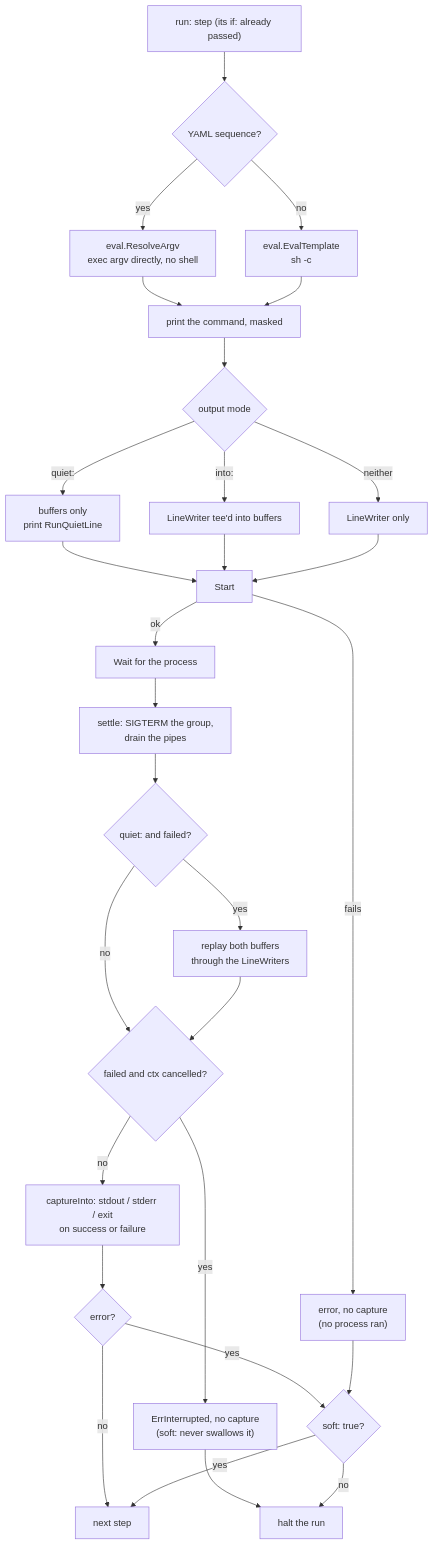
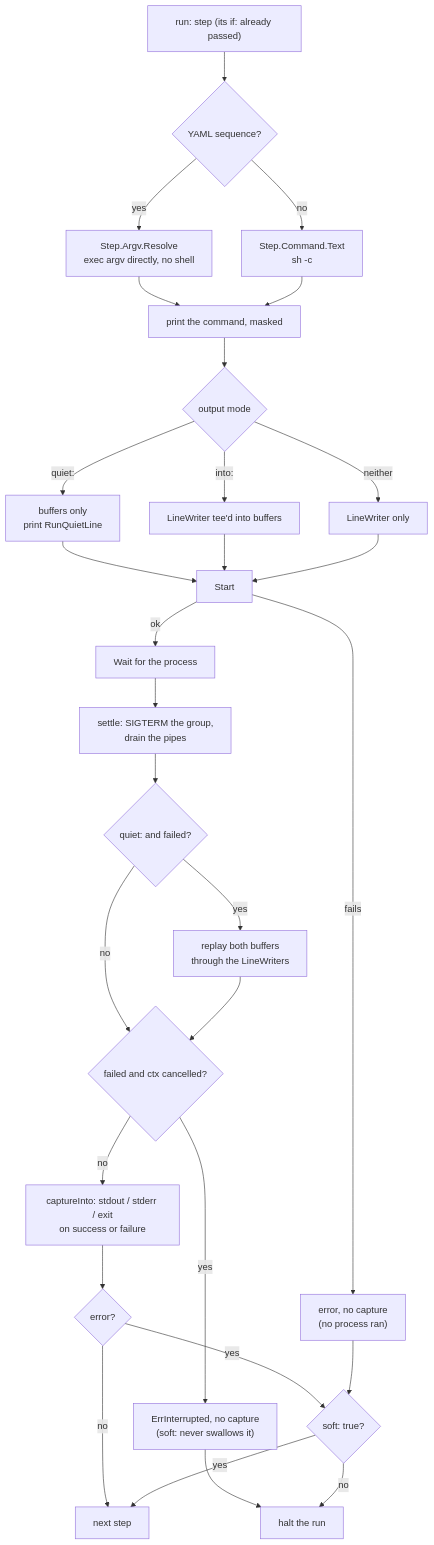
Before and after one commit to JakesMD/hobnob: the fifth of 7 diagrams in ARCHITECTURE.md, drawn with Mermaid. The commit also changed other lines of this file and 37 other files, not shown here.

````diff
--- a/ARCHITECTURE.md
+++ b/ARCHITECTURE.md
@@ -391,31 +418,31 @@
 ```mermaid
 flowchart TD
     start["run: step (its if: already passed)"] --> form{"YAML sequence?"}
-    form -- yes --> argv["eval.ResolveArgv<br/>exec argv directly, no shell"]
-    form -- no --> sh["eval.EvalTemplate<br/>sh -c"]
+    form -- yes --> argv["Step.Argv.Resolve<br/>exec argv directly, no shell"]
+    form -- no --> sh["Step.Command.Text<br/>sh -c"]
     argv --> show["print the command, masked"]
     sh --> show
     show --> out{"output mode"}
     out -- "quiet:" --> quiet["buffers only<br/>print RunQuietLine"]
     out -- "into:" --> tee["LineWriter tee'd into buffers"]
     out -- neither --> live["LineWriter only"]
     quiet --> startp["Start"]
     tee --> startp
     live --> startp
     startp -- fails --> nocap["error, no capture<br/>(no process ran)"]
     startp -- ok --> wait["Wait for the process"]
     wait --> settle["settle: SIGTERM the group,<br/>drain the pipes"]
     settle --> replay{"quiet: and failed?"}
     replay -- yes --> rp["replay both buffers<br/>through the LineWriters"]
     replay -- no --> intr
     rp --> intr{"failed and ctx cancelled?"}
     intr -- yes --> ei["ErrInterrupted, no capture<br/>(soft: never swallows it)"]
     intr -- no --> cap["captureInto: stdout / stderr / exit<br/>on success or failure"]
     cap --> res{"error?"}
     res -- no --> next["next step"]
     res -- yes --> soft{"soft: true?"}
     nocap --> soft
     ei --> halt
     soft -- yes --> next
     soft -- no --> halt["halt the run"]
 ```
````
